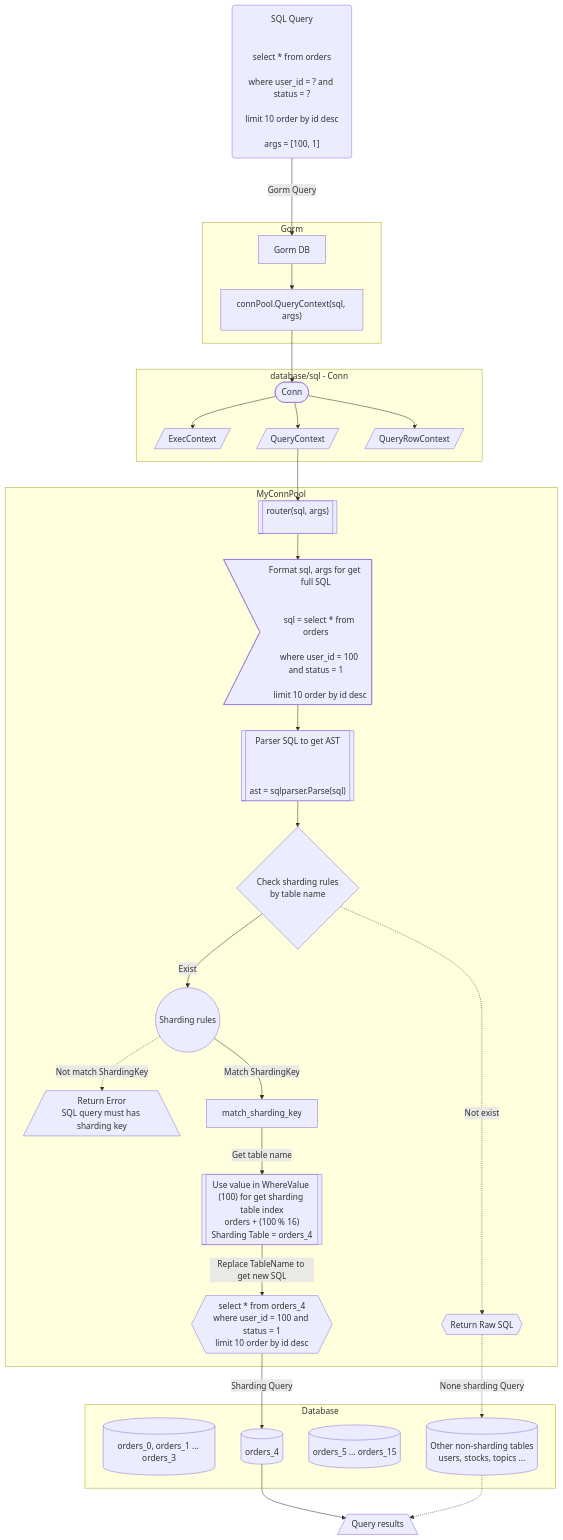
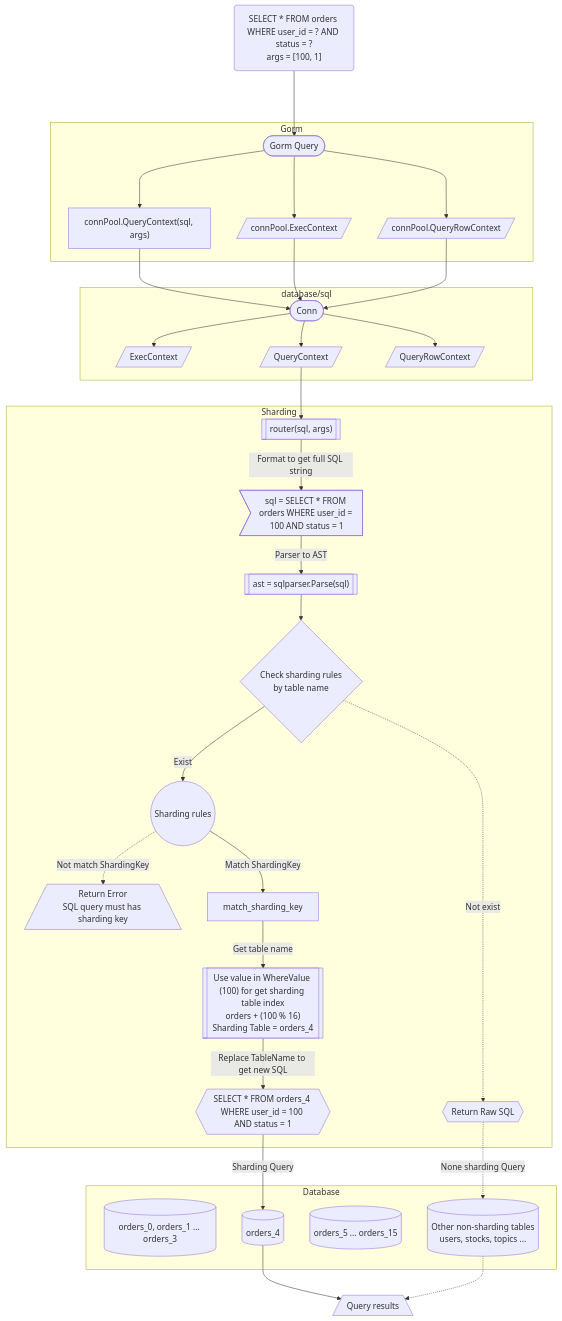
Before and after one commit to zishiguo/sharding: the diagram in README.md, drawn with Mermaid.

Commit message:
Update Graph

````diff
--- a/README.md
+++ b/README.md
@@ -22,67 +22,66 @@
 ```mermaid
 graph TD
-first("SQL Query<br><br>
-select * from orders<br>
-where user_id = ? and status = ?<br>
-limit 10 order by id desc<br>
+first("SELECT * FROM orders WHERE user_id = ? AND status = ?
 args = [100, 1]")
 
-first--->| Gorm Query |db["Gorm DB"]
+first--->gorm(["Gorm Query"])
 
 subgraph "Gorm"
-  db-->gorm_query
-  gorm_query["connPool.QueryContext(sql, args)<br>"]
+  gorm--->gorm_query
+  gorm--->gorm_exec
+  gorm--->gorm_queryrow
+  gorm_query["connPool.QueryContext(sql, args)"]
+  gorm_exec[/"connPool.ExecContext"/]
+  gorm_queryrow[/"connPool.QueryRowContext"/]
 end
 
-subgraph "database/sql - Conn"
+subgraph "database/sql" 
+  gorm_query-->conn(["Conn"])
+  gorm_exec-->conn(["Conn"])
+  gorm_queryrow-->conn(["Conn"])
   ExecContext[/"ExecContext"/]
   QueryContext[/"QueryContext"/]
   QueryRowContext[/"QueryRowContext"/]
-  gorm_query-->Conn
-  Conn(["Conn"])
-  Conn-->ExecContext
-  Conn-->QueryContext
-  Conn-->QueryRowContext
+
+
+  conn-->ExecContext
+  conn-->QueryRowContext
+  conn-->QueryContext
 end
 
-subgraph sharding ["MyConnPool"]
-  QueryContext-->router-->format_sql-->parse-->check_table
-  router[["router(sql, args)<br><br>"]]
-  format_sql>"Format sql, args for get full SQL<br><br>
-    sql = select * from orders<br>
-    where user_id = 100 and status = 1<br>
-    limit 10 order by id desc"]
+subgraph sharding ["Sharding"]
+  QueryContext-->router-->| Format to get full SQL string |format_sql-->| Parser to AST |parse-->check_table
+  router[["router(sql, args)<br>"]]
+  format_sql>"sql = SELECT * FROM orders WHERE user_id = 100 AND status = 1"]
 
   check_table{"Check sharding rules<br>by table name"}
   check_table-->| Exist |process_ast
   check_table_1{{"Return Raw SQL"}}
   not_match_error[/"Return Error<br>SQL query must has sharding key"\]
 
-  parse[["Parser SQL to get AST<br>
-  <br>
-  ast = sqlparser.Parse(sql)"]]
+  parse[["ast = sqlparser.Parse(sql)"]]
 
   check_table-.->| Not exist |check_table_1
   process_ast(("Sharding rules"))
   get_new_table_name[["Use value in WhereValue (100) for get sharding table index<br>orders + (100 % 16)<br>Sharding Table = orders_4"]]
-  new_sql{{"select * from orders_4<br>where user_id = 100 and status = 1<br>limit 10 order by id desc"}}
+  new_sql{{"SELECT * FROM orders_4 WHERE user_id = 100 AND status = 1"}}
 
   process_ast-.->| Not match ShardingKey |not_match_error
   process_ast-->| Match ShardingKey |match_sharding_key-->| Get table name |get_new_table_name-->| Replace TableName to get new SQL |new_sql
 end
 
 
 subgraph database [Database]
   orders_other[("orders_0, orders_1 ... orders_3")]
   orders_4[(orders_4)]
   orders_last[("orders_5 ... orders_15")]
   other_tables[(Other non-sharding tables<br>users, stocks, topics ...)]
 
   new_sql-->| Sharding Query | orders_4
   check_table_1-.->| None sharding Query |other_tables
 end
 
 orders_4-->result
 other_tables-.->result
 result[/Query results\]
 ```
````
